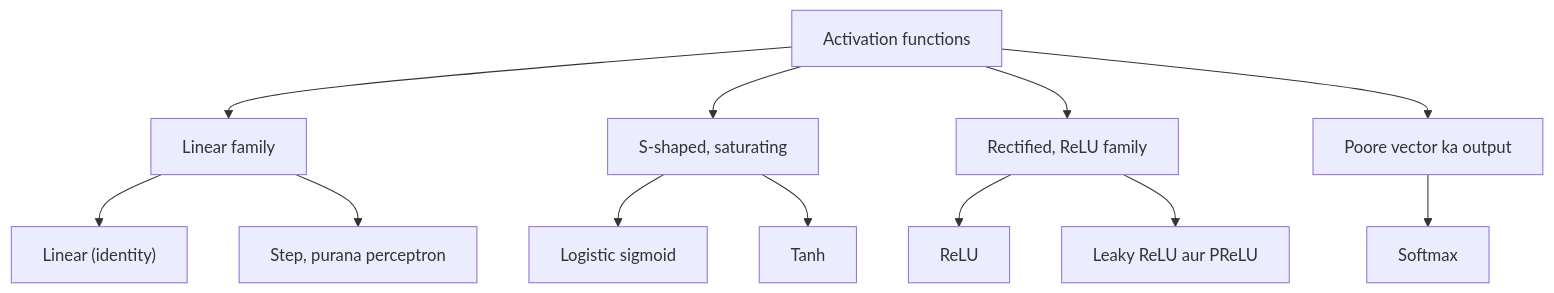
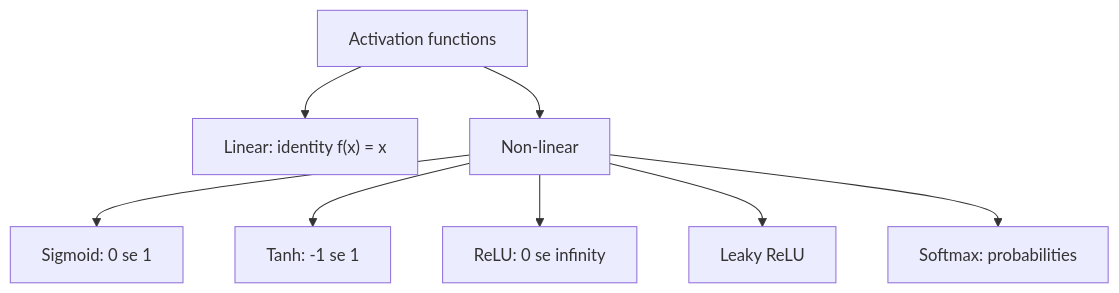
The second of 3 diagrams in content/deep-learning/notes/activation-functions.hi.mdx (TrendySloth1001/sem-seven-notes), drawn with Mermaid before and after one commit. The commit also changed other lines of this file and 168 other files, not shown here.

````diff
--- a/content/deep-learning/notes/activation-functions.hi.mdx
+++ b/content/deep-learning/notes/activation-functions.hi.mdx
@@ -126,15 +60,11 @@
 ```mermaid
-%% caption: Main families. Syllabus mein linear, logistic (sigmoid), tanh, ReLU, leaky ReLU aur softmax ka naam hai.
+%% caption: Class ke activation functions, linear aur non-linear mein grouped.
 flowchart TD
-  A["Activation functions"] --> L["Linear family"]
-  A --> S["S-shaped, saturating"]
-  A --> R["Rectified, ReLU family"]
-  A --> M["Poore vector ka output"]
-  L --> L1["Linear (identity)"]
-  L --> L2["Step, purana perceptron"]
-  S --> S1["Logistic sigmoid"]
-  S --> S2["Tanh"]
-  R --> R1["ReLU"]
-  R --> R2["Leaky ReLU aur PReLU"]
-  M --> M1["Softmax"]
+  A["Activation functions"] --> B["Linear: identity f(x) = x"]
+  A --> C["Non-linear"]
+  C --> D["Sigmoid: 0 se 1"]
+  C --> E["Tanh: -1 se 1"]
+  C --> F["ReLU: 0 se infinity"]
+  C --> G["Leaky ReLU"]
+  C --> H["Softmax: probabilities"]
 ```
````
